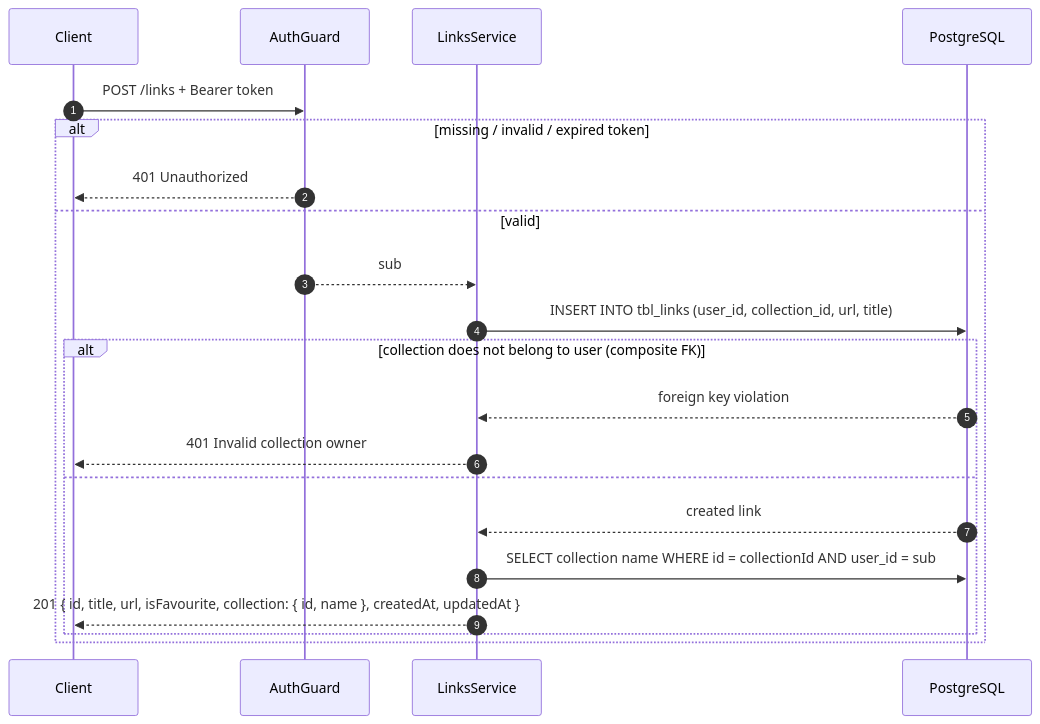
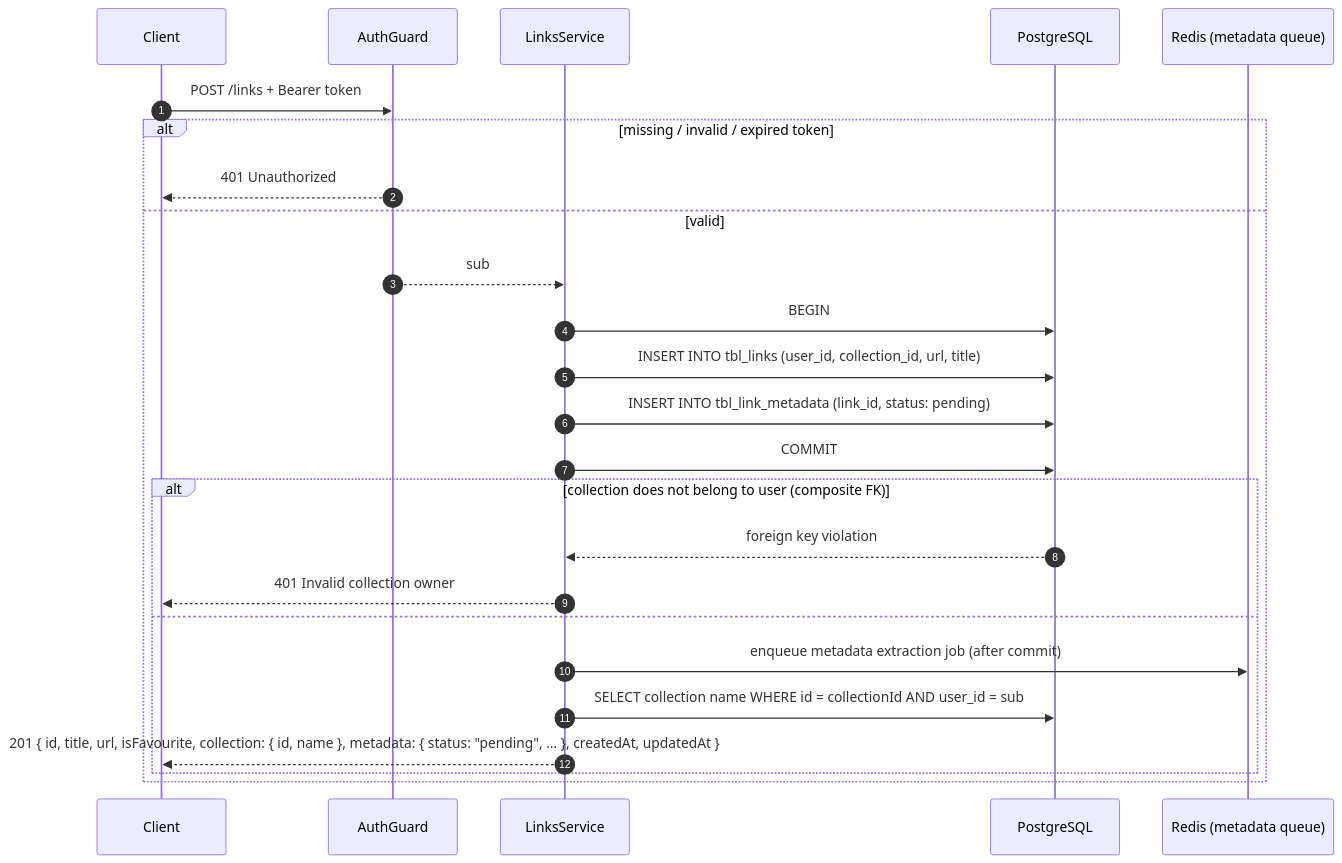
One commit to raunak-ray/LinkVault changed the first of 5 diagrams in api/docs/links/02-link-management.md. Above: the diagram before and after it, drawn with Mermaid. The commit also changed other lines of this file and 40 other files, not shown here.

First line of the commit message:
Implement link metadata schema, queue processing, and dashboard endpoint (#10)

````diff
--- a/api/docs/links/02-link-management.md
+++ b/api/docs/links/02-link-management.md
@@ -21,24 +21,28 @@
 ```mermaid
 sequenceDiagram
     autonumber
     participant C as Client
     participant G as AuthGuard
     participant S as LinksService
     participant DB as PostgreSQL
+    participant R as Redis (metadata queue)
 
     C->>G: POST /links + Bearer token
     alt missing / invalid / expired token
         G-->>C: 401 Unauthorized
     else valid
         G-->>S: sub
+        S->>DB: BEGIN
         S->>DB: INSERT INTO tbl_links (user_id, collection_id, url, title)
+        S->>DB: INSERT INTO tbl_link_metadata (link_id, status: pending)
+        S->>DB: COMMIT
         alt collection does not belong to user (composite FK)
             DB-->>S: foreign key violation
             S-->>C: 401 Invalid collection owner
         else
-            DB-->>S: created link
+            S->>R: enqueue metadata extraction job (after commit)
             S->>DB: SELECT collection name WHERE id = collectionId AND user_id = sub
-            S-->>C: 201 { id, title, url, isFavourite, collection: { id, name }, createdAt, updatedAt }
+            S-->>C: 201 { id, title, url, isFavourite, collection: { id, name }, metadata: { status: "pending", … }, createdAt, updatedAt }
         end
     end
 ```
````
